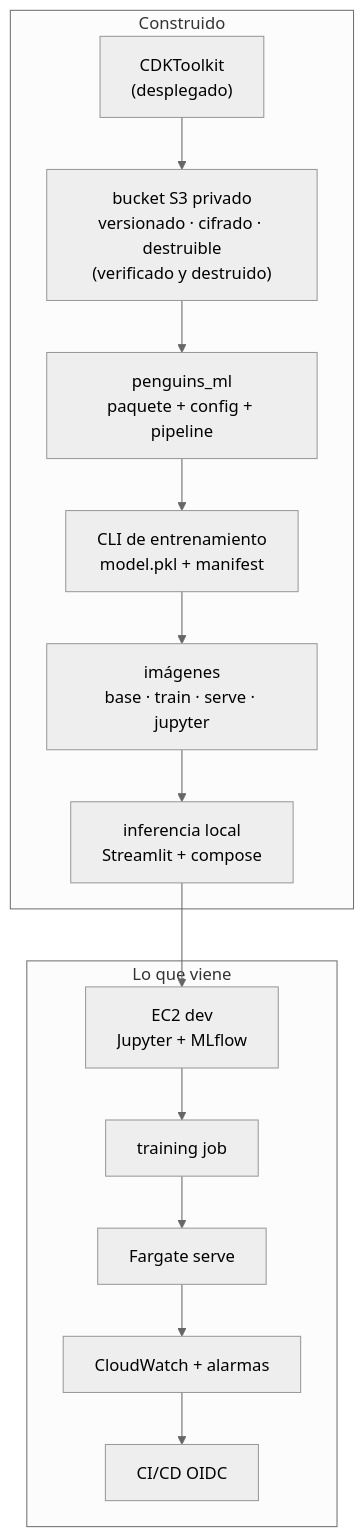
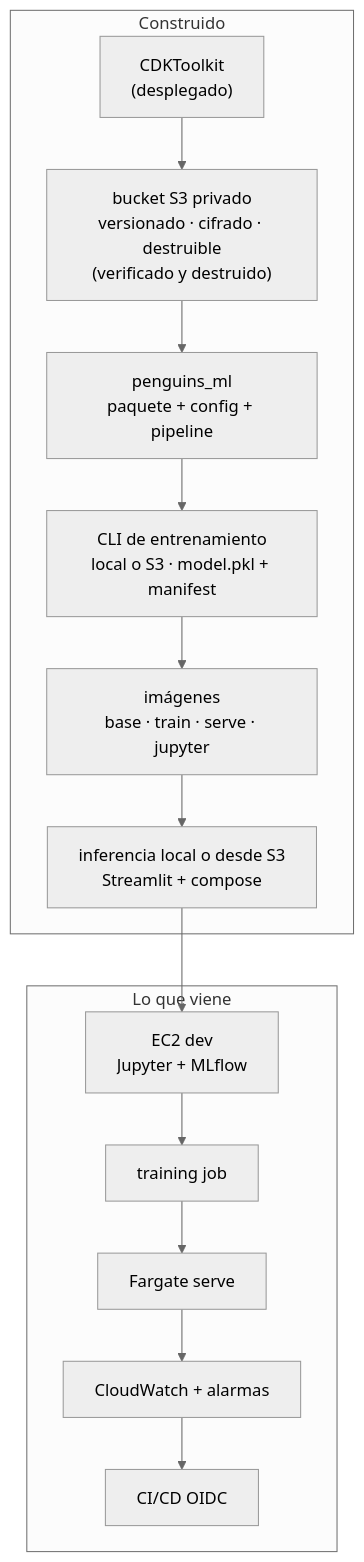
The ninth of 9 diagrams in docs/how-it-works.md (JairRamosG/Pinguinos-AWS), drawn with Mermaid (neutral theme) before and after one commit. The commit also changed other lines of this file, not shown here.

````diff
--- a/docs/how-it-works.md
+++ b/docs/how-it-works.md
@@ -480,19 +495,19 @@
 ```mermaid
 flowchart TB
     subgraph HOY["Construido"]
         BOOT["CDKToolkit<br/>(desplegado)"]
         S3["bucket S3 privado<br/>versionado · cifrado · destruible<br/>(verificado y destruido)"]
         PKG["penguins_ml<br/>paquete + config + pipeline"]
-        TRN["CLI de entrenamiento<br/>model.pkl + manifest"]
+        TRN["CLI de entrenamiento<br/>local o S3 · model.pkl + manifest"]
         IMG["imágenes<br/>base · train · serve · jupyter"]
-        UI["inferencia local<br/>Streamlit + compose"]
+        UI["inferencia local o desde S3<br/>Streamlit + compose"]
     end
     subgraph DESPUES["Lo que viene"]
         EC2["EC2 dev<br/>Jupyter + MLflow"]
         JOB["training job"]
         SRV["Fargate serve"]
         OBS["CloudWatch + alarmas"]
         CI["CI/CD OIDC"]
     end
     BOOT --> S3 --> PKG --> TRN --> IMG --> UI --> EC2 --> JOB --> SRV --> OBS --> CI
 ```
````
